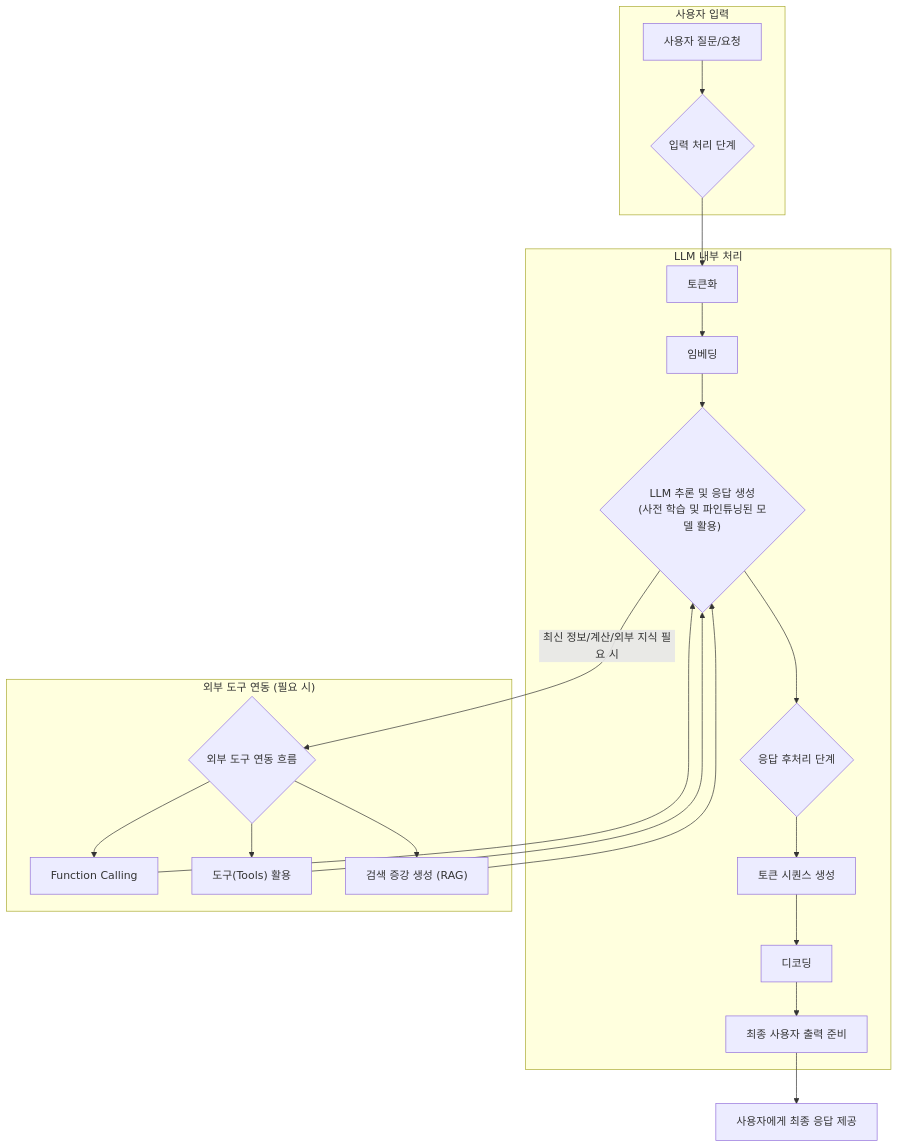
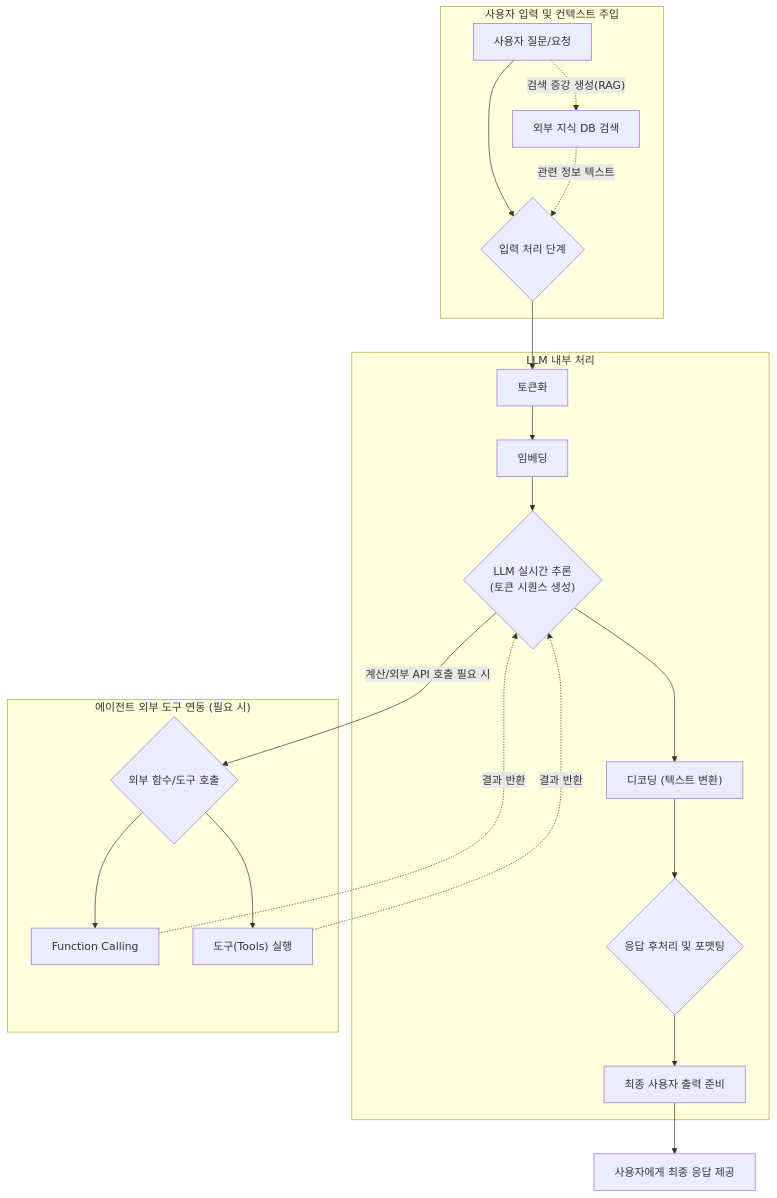
The diagram in ch01/sec01/03_generative_ai.md (postforty/kor-it-langchain-class), drawn with Mermaid before and after one commit. The commit also changed other lines of this file and 5 other files, not shown here.

First line of the commit message:
docs: 생성형 AI 및 에이전트 핵심 이론 교안 기술 오류 수정 및 다이어그램 고도화

````diff
--- a/ch01/sec01/03_generative_ai.md
+++ b/ch01/sec01/03_generative_ai.md
@@ -12,26 +12,26 @@
 ```mermaid
 graph TD;
-    subgraph "사용자 입력"
+    subgraph "사용자 입력 및 컨텍스트 주입"
         A["사용자 질문/요청"] --> B{"입력 처리 단계"};
+        A -. "검색 증강 생성(RAG)" .-> RAG["외부 지식 DB 검색"];
+        RAG -. "관련 정보 텍스트" .-> B;
     end
 
     subgraph "LLM 내부 처리"
         B --> C["토큰화"];
         C --> D["임베딩"];
-        D --> E{"LLM 추론 및 응답 생성<br/>(사전 학습 및 파인튜닝된 모델 활용)"};
-        E --> H{"응답 후처리 단계"};
-        H --> I["토큰 시퀀스 생성"];
-        I --> J["디코딩"];
-        J --> K["최종 사용자 출력 준비"];
+        D --> E{"LLM 실시간 추론<br/>(토큰 시퀀스 생성)"};
+        E --> J["디코딩 (텍스트 변환)"];
+        J --> H{"응답 후처리 및 포맷팅"};
+        H --> K["최종 사용자 출력 준비"];
     end
 
-    subgraph "외부 도구 연동 (필요 시)"
-        E -- "최신 정보/계산/외부 지식 필요 시" --> L{"외부 도구 연동 흐름"};
+    subgraph "에이전트 외부 도구 연동 (필요 시)"
+        E -- "계산/외부 API 호출 필요 시" --> L{"외부 함수/도구 호출"};
         L --> M["Function Calling"];
-        L --> N["도구(Tools) 활용"];
-        L --> O["검색 증강 생성 (RAG)"];
-        M & N & O --> E;
+        L --> N["도구(Tools) 실행"];
+        M & N -. "결과 반환" .-> E;
     end
 
     K --> P["사용자에게 최종 응답 제공"];
 ```
````
